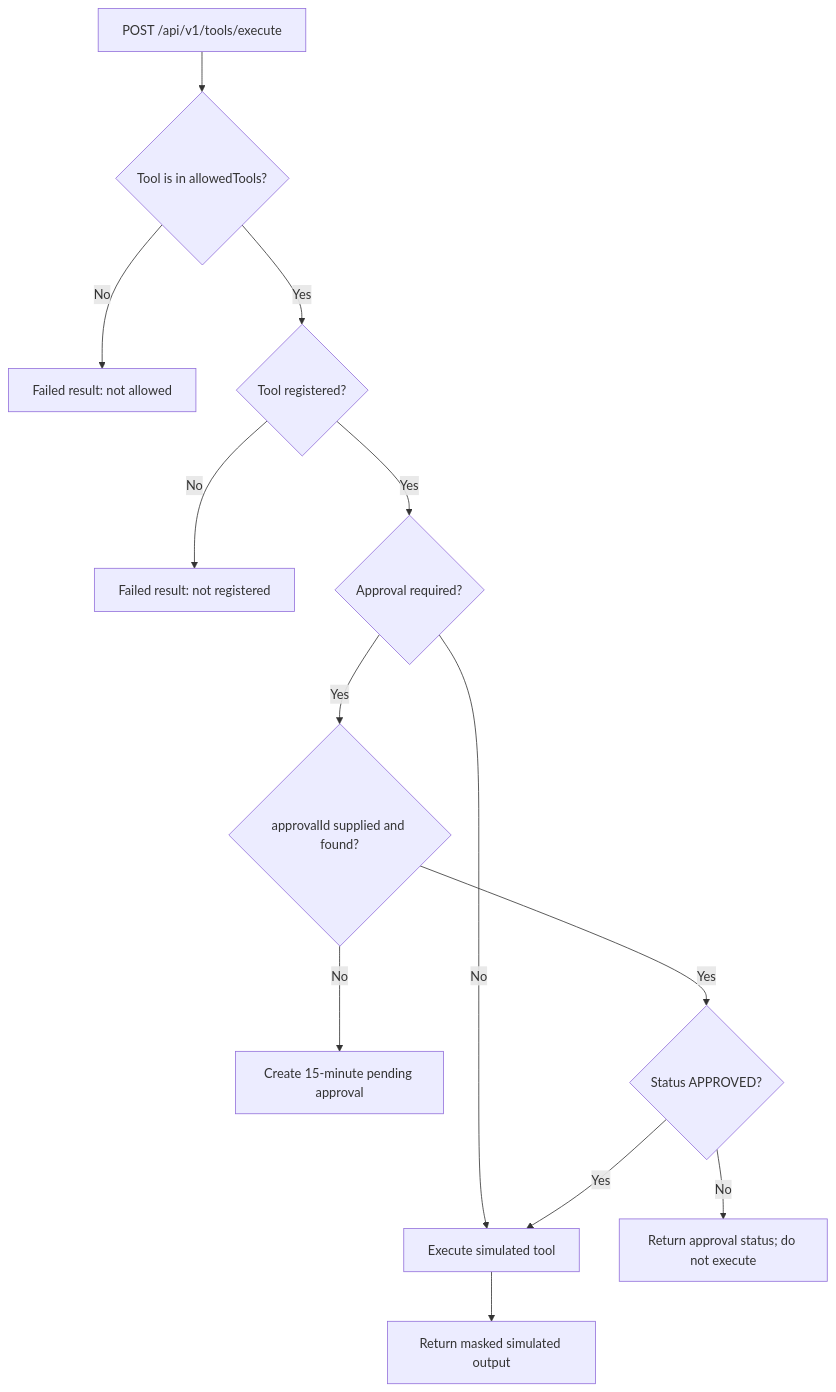
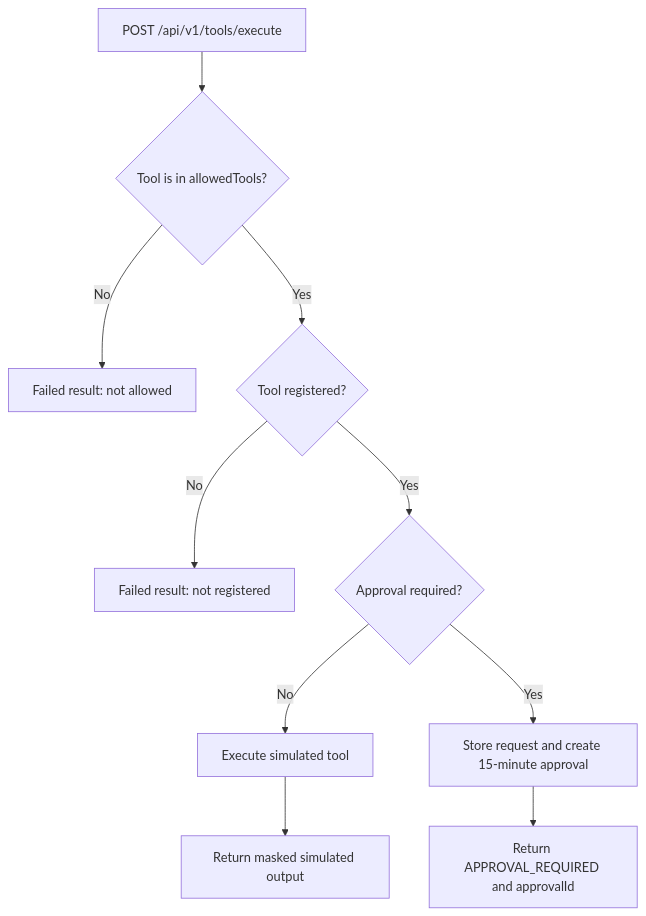
Before and after one commit to rawalpuneet1209/ai-foundry: the sixth of 8 diagrams in docs/SEQUENCE_AND_WORKFLOWS.md, drawn with Mermaid. The commit also changed other lines of this file and 33 other files, not shown here.

````diff
--- a/docs/SEQUENCE_AND_WORKFLOWS.md
+++ b/docs/SEQUENCE_AND_WORKFLOWS.md
@@ -191,15 +199,12 @@
 ```mermaid
 flowchart TD
     A[POST /api/v1/tools/execute] --> B{Tool is in allowedTools?}
     B -- No --> X[Failed result: not allowed]
     B -- Yes --> C{Tool registered?}
     C -- No --> Y[Failed result: not registered]
     C -- Yes --> D{Approval required?}
     D -- No --> H[Execute simulated tool]
-    D -- Yes --> E{approvalId supplied and found?}
-    E -- No --> F[Create 15-minute pending approval]
-    E -- Yes --> G{Status APPROVED?}
-    G -- No --> Z[Return approval status; do not execute]
-    G -- Yes --> H
+    D -- Yes --> F[Store request and create 15-minute approval]
+    F --> Z[Return APPROVAL_REQUIRED and approvalId]
     H --> I[Return masked simulated output]
 ```
````
